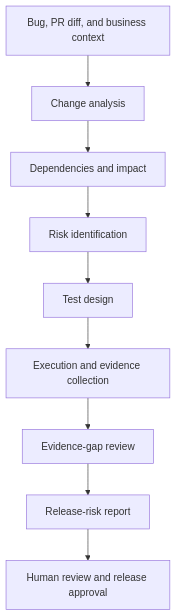
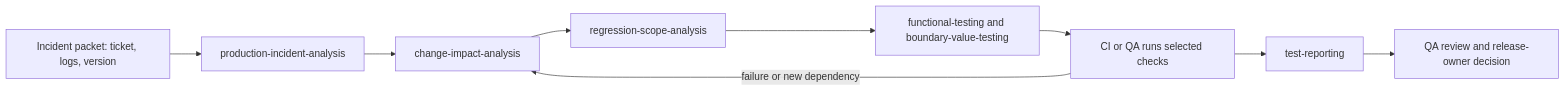
The third of 3 diagrams in src/blog/en/AI-Testing/how-to-test-a-hotfix.mdx (naodeng/naodeng.com.cn), drawn with Mermaid before and after one commit. The commit also changed other lines of this file and 1 other file, not shown here.

Commit message:
docs: deepen AI-native hotfix testing practices

````diff
--- a/src/blog/en/AI-Testing/how-to-test-a-hotfix.mdx
+++ b/src/blog/en/AI-Testing/how-to-test-a-hotfix.mdx
@@ -255,11 +265,11 @@
 ```mermaid
-flowchart TD
-    A[Bug, PR diff, and business context] --> B[Change analysis]
-    B --> C[Dependencies and impact]
-    C --> D[Risk identification]
-    D --> E[Test design]
-    E --> F[Execution and evidence collection]
-    F --> G[Evidence-gap review]
-    G --> H[Release-risk report]
-    H --> I[Human review and release approval]
+flowchart LR
+    A[Incident packet: ticket, logs, version] --> B[production-incident-analysis]
+    B --> C[change-impact-analysis]
+    C --> D[regression-scope-analysis]
+    D --> E[functional-testing and boundary-value-testing]
+    E --> F[CI or QA runs selected checks]
+    F --> G[test-reporting]
+    G --> H[QA review and release-owner decision]
+    F -->|failure or new dependency| C
 ```
````
